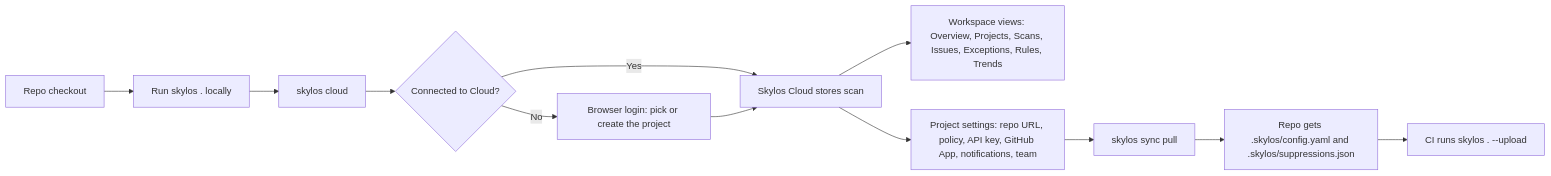
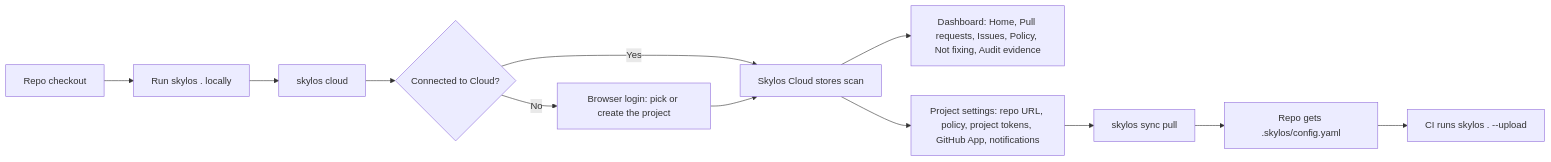
One commit to duriantaco/skylos-docs changed the diagram in docs/cloud-workflow.mdx. Above: the diagram before and after it, drawn with Mermaid. The commit also changed other lines of this file and 7 other files, not shown here.

````diff
--- a/docs/cloud-workflow.mdx
+++ b/docs/cloud-workflow.mdx
@@ -38,14 +38,14 @@
 ```mermaid
 flowchart LR
     A[Repo checkout] --> B[Run skylos . locally]
     B --> E[skylos cloud]
     E --> C{Connected to Cloud?}
     C -- No --> D[Browser login: pick or create the project]
     C -- Yes --> F[Skylos Cloud stores scan]
     D --> F
-    F --> G[Workspace views: Overview, Projects, Scans, Issues, Exceptions, Rules, Trends]
-    F --> H[Project settings: repo URL, policy, API key, GitHub App, notifications, team]
+    F --> G[Dashboard: Home, Pull requests, Issues, Policy, Not fixing, Audit evidence]
+    F --> H[Project settings: repo URL, policy, project tokens, GitHub App, notifications]
     H --> I[skylos sync pull]
-    I --> J[Repo gets .skylos/config.yaml and .skylos/suppressions.json]
+    I --> J[Repo gets .skylos/config.yaml]
     J --> K[CI runs skylos . --upload]
 ```
````
